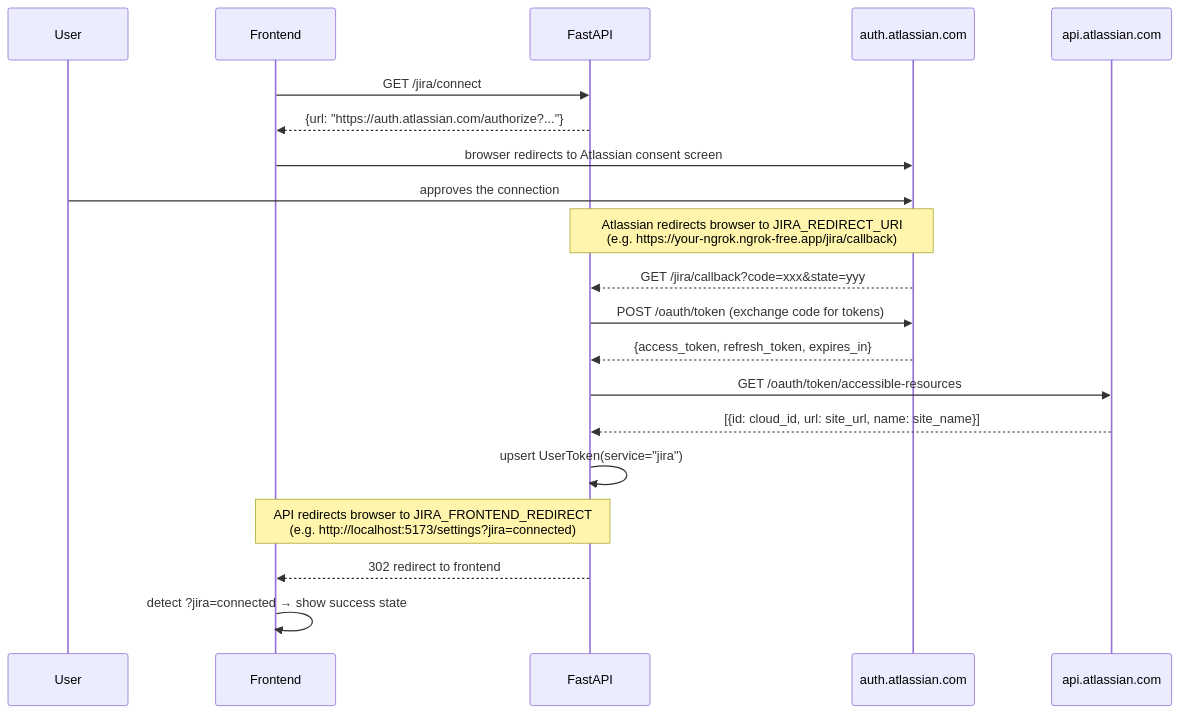
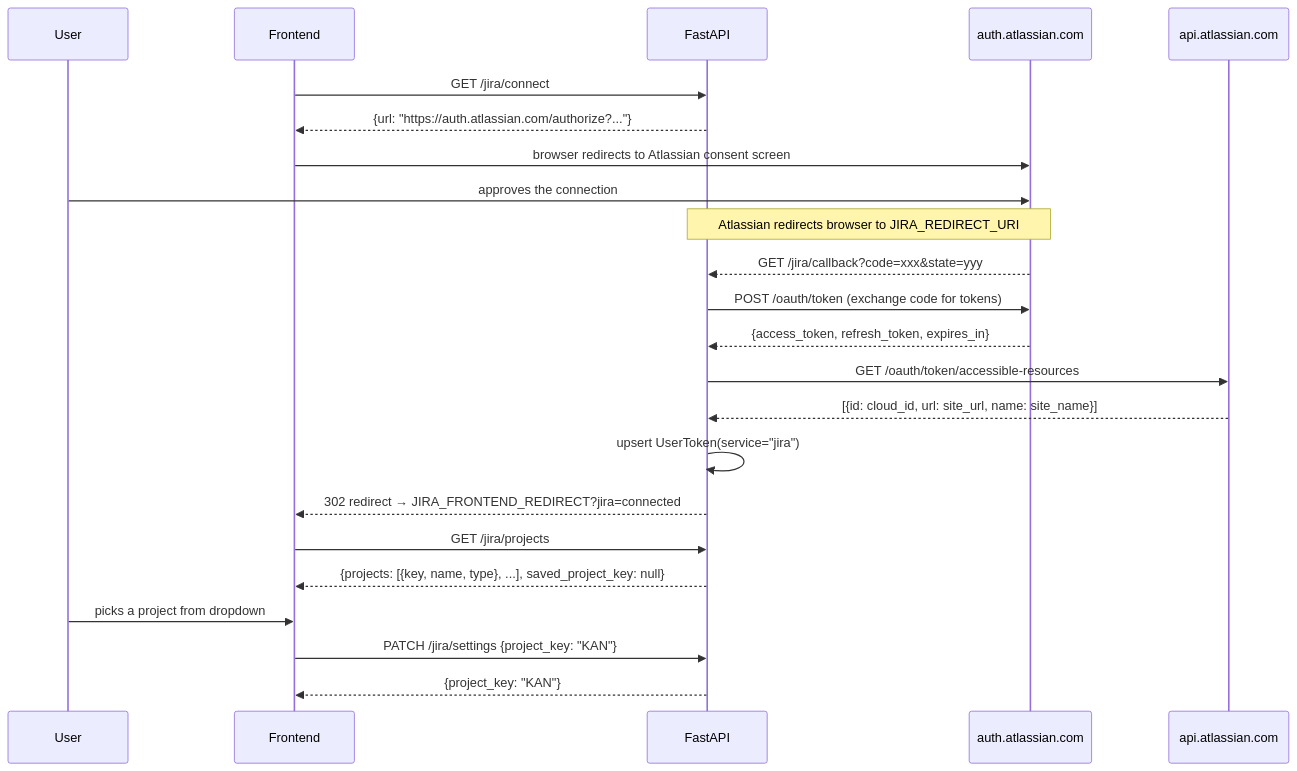
Before and after one commit to Nayeem0072/actionpipe-core: the diagram in api/docs/jira.md, drawn with Mermaid. The commit also changed other lines of this file and 7 other files, not shown here.

First line of the commit message:
feat: enable Jira actions by wiring per-user OAuth tokens into a custom Jira MCP server

````diff
--- a/api/docs/jira.md
+++ b/api/docs/jira.md
@@ -35,23 +40,26 @@
 ```mermaid
 sequenceDiagram
     participant User
     participant Frontend
     participant API as FastAPI
     participant ATL as auth.atlassian.com
     participant RES as api.atlassian.com
 
     Frontend->>API: GET /jira/connect
     API-->>Frontend: {url: "https://auth.atlassian.com/authorize?..."}
     Frontend->>ATL: browser redirects to Atlassian consent screen
     User->>ATL: approves the connection
-    Note over ATL,API: Atlassian redirects browser to JIRA_REDIRECT_URI<br/>(e.g. https://your-ngrok.ngrok-free.app/jira/callback)
+    Note over ATL,API: Atlassian redirects browser to JIRA_REDIRECT_URI
     ATL-->>API: GET /jira/callback?code=xxx&state=yyy
     API->>ATL: POST /oauth/token (exchange code for tokens)
     ATL-->>API: {access_token, refresh_token, expires_in}
     API->>RES: GET /oauth/token/accessible-resources
     RES-->>API: [{id: cloud_id, url: site_url, name: site_name}]
     API->>API: upsert UserToken(service="jira")
-    Note over API,Frontend: API redirects browser to JIRA_FRONTEND_REDIRECT<br/>(e.g. http://localhost:5173/settings?jira=connected)
-    API-->>Frontend: 302 redirect to frontend
-    Frontend->>Frontend: detect ?jira=connected → show success state
+    API-->>Frontend: 302 redirect → JIRA_FRONTEND_REDIRECT?jira=connected
+    Frontend->>API: GET /jira/projects
+    API-->>Frontend: {projects: [{key, name, type}, ...], saved_project_key: null}
+    User->>Frontend: picks a project from dropdown
+    Frontend->>API: PATCH /jira/settings {project_key: "KAN"}
+    API-->>Frontend: {project_key: "KAN"}
 ```
````
